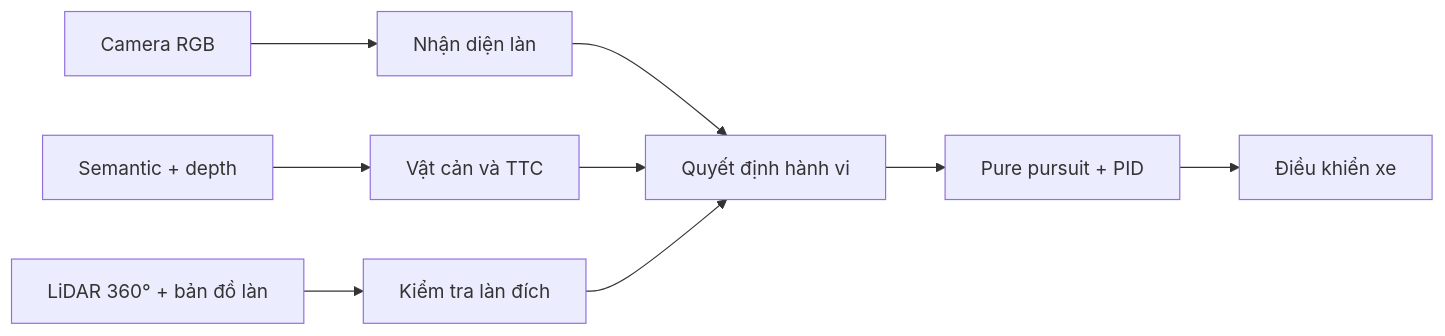
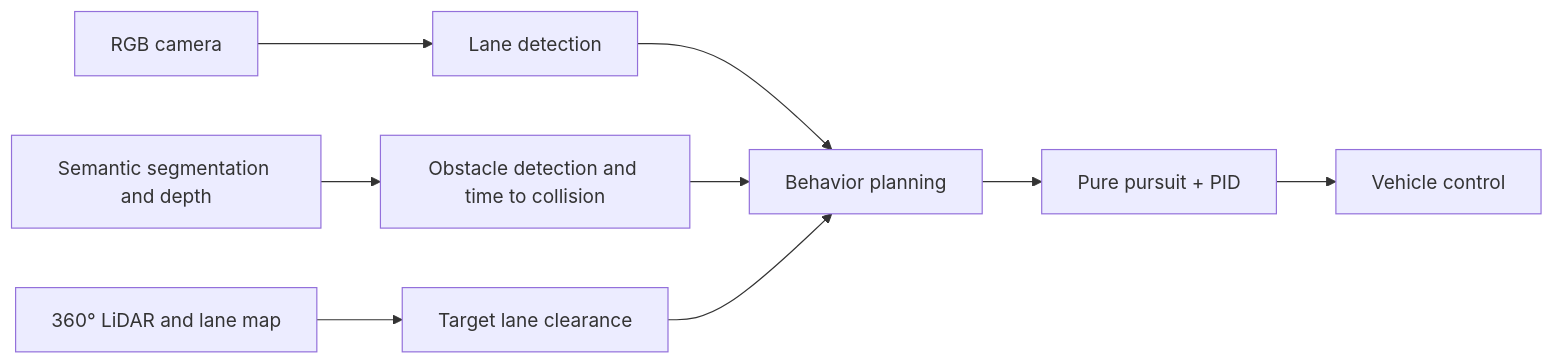
Before and after one commit to khanhhdt/AutoPilot: the diagram in README.md, drawn with Mermaid. The commit also changed other lines of this file, not shown here.

````diff
--- a/README.md
+++ b/README.md
@@ -68,11 +69,11 @@
 ```mermaid
 flowchart LR
-    RGB["Camera RGB"] --> Lane["Nhận diện làn"]
-    Depth["Semantic + depth"] --> Lead["Vật cản và TTC"]
-    Lidar["LiDAR 360° + bản đồ làn"] --> Gap["Kiểm tra làn đích"]
-    Lane --> Planner["Quyết định hành vi"]
+    RGB["RGB camera"] --> Lane["Lane detection"]
+    Depth["Semantic segmentation and depth"] --> Lead["Obstacle detection and time to collision"]
+    Lidar["360° LiDAR and lane map"] --> Gap["Target lane clearance"]
+    Lane --> Planner["Behavior planning"]
     Lead --> Planner
     Gap --> Planner
     Planner --> Control["Pure pursuit + PID"]
-    Control --> Ego["Điều khiển xe"]
+    Control --> Ego["Vehicle control"]
 ```
````
